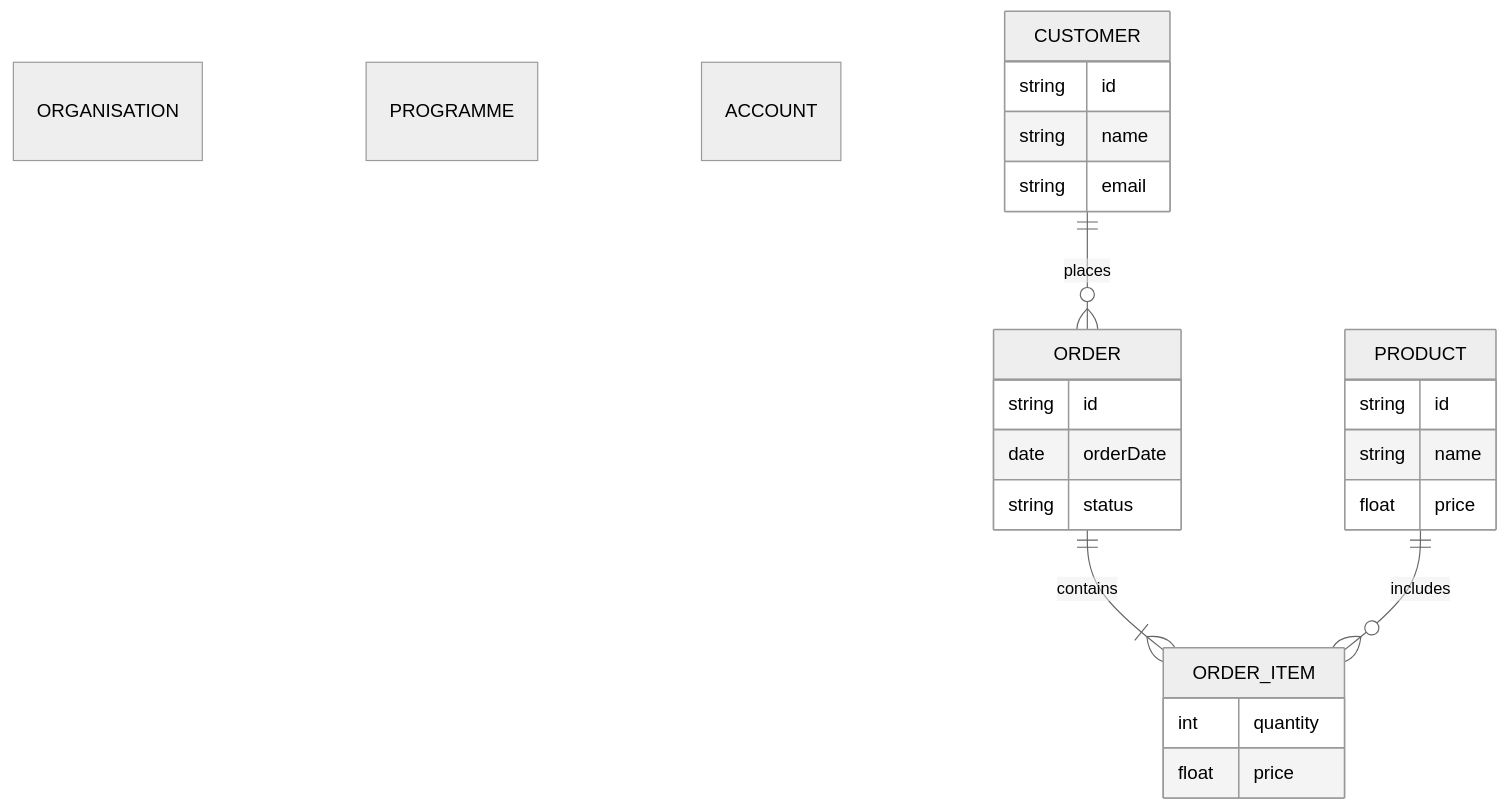
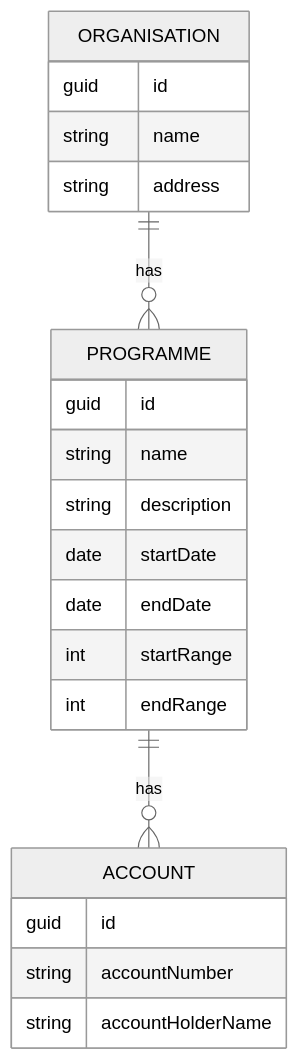
The diagram in README.md (rubot99/demo-banking), drawn with Mermaid (neutral theme) before and after one commit. The commit also changed other lines of this file, not shown here.

````diff
--- a/README.md
+++ b/README.md
@@ -4,32 +7,27 @@
 ```mermaid
     erDiagram
-    ORGANISATION 
-    PROGRAMME
-    ACCOUNT
-    CUSTOMER ||--o{ ORDER : places
-    ORDER ||--|{ ORDER_ITEM : contains
-    PRODUCT ||--o{ ORDER_ITEM : includes
-    ORGANISATION
-    PROGRAMME
-    ACCOUNT
-    CUSTOMER {
-        string id
-        string name
-        string email
-    }
-    ORDER {
-        string id
-        date orderDate
-        string status
-    }
-    PRODUCT {
-        string id
-        string name
-        float price
-    }
-    ORDER_ITEM {
-        int quantity
-        float price
-    }
+        ORGANISATION ||--o{ PROGRAMME : has
+        PROGRAMME||--o{ ACCOUNT : has
+        ACCOUNT
+        ORGANISATION {
+            guid id
+            string name
+            string address
+
+        }
+        PROGRAMME {
+            guid id
+            string name
+            string description
+            date startDate
+            date endDate
+            int startRange
+            int endRange
+        }
+        ACCOUNT {
+            guid id
+            string accountNumber
+            string accountHolderName
+        }
 
 ```
````
